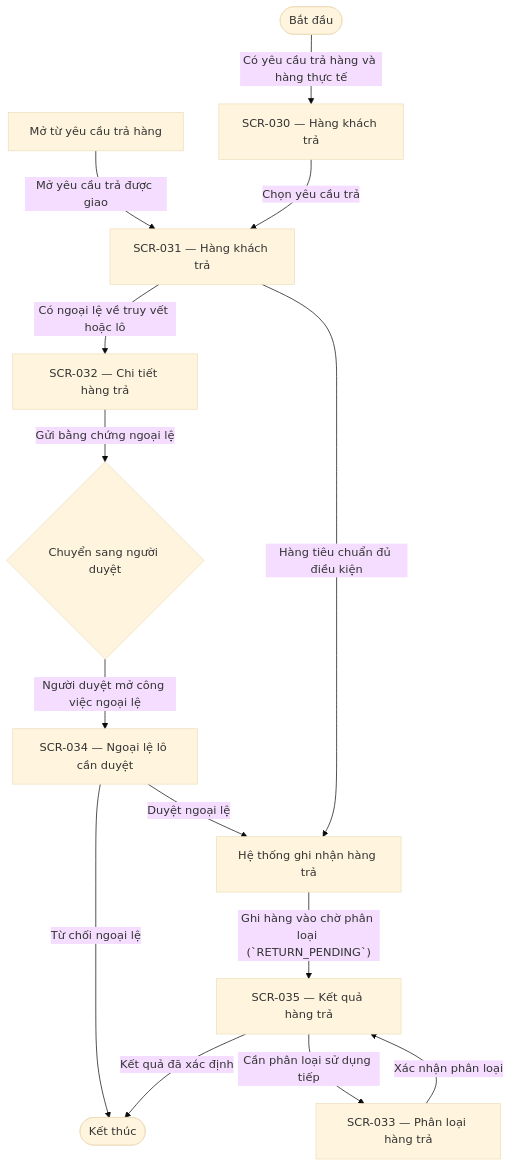
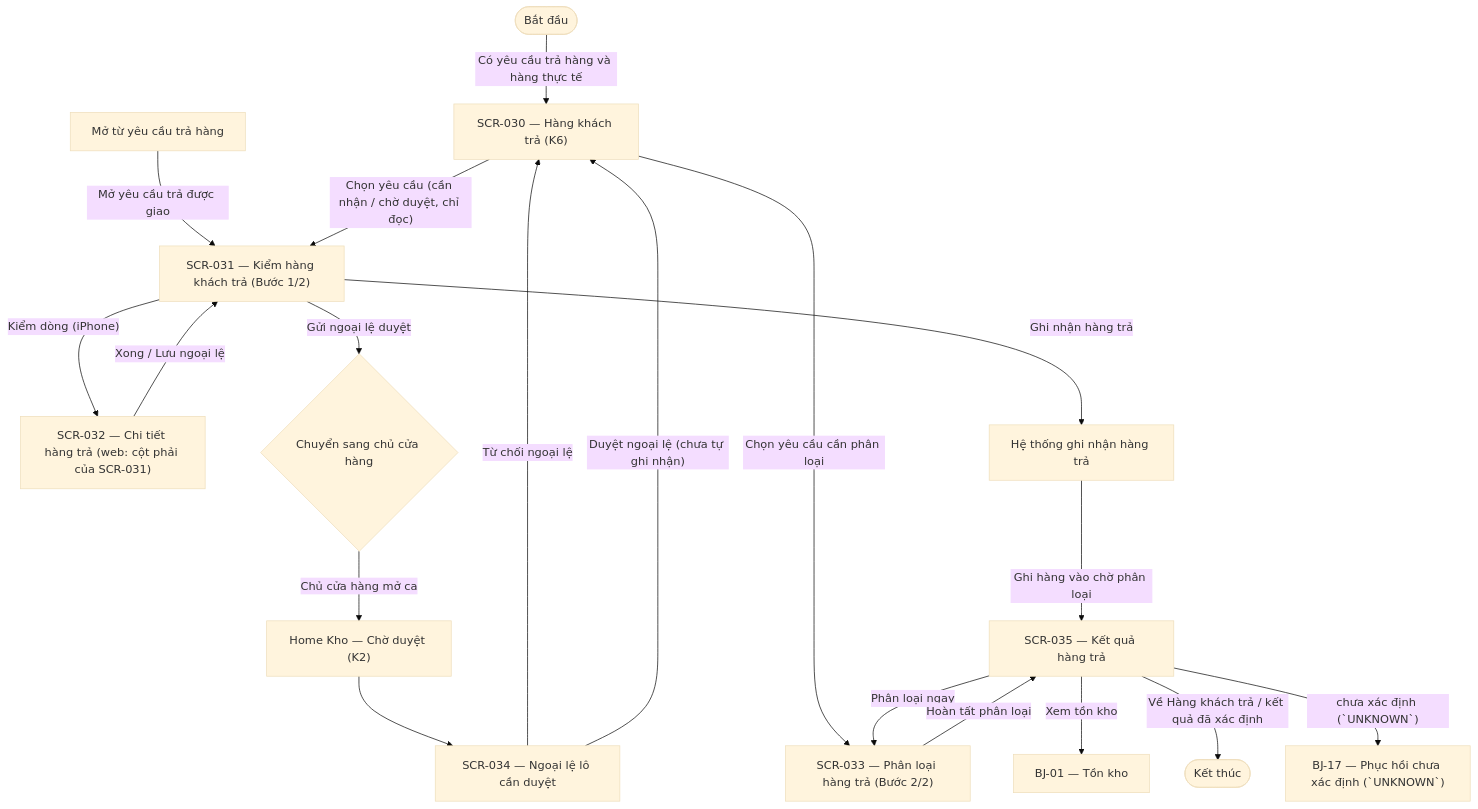
Before and after one commit to DsChien102/erp-sales-inventory: the diagram in specs/themes/theme-07/03.design/flows/UIF-06-BJ-06.md, drawn with Mermaid (base theme). The commit also changed other lines of this file and 48 other files, not shown here.

````diff
--- a/specs/themes/theme-07/03.design/flows/UIF-06-BJ-06.md
+++ b/specs/themes/theme-07/03.design/flows/UIF-06-BJ-06.md
@@ -41,27 +41,35 @@
 ```mermaid
 flowchart TD
     BEGIN(["Bắt đầu"])
-    SCR_030["SCR-030 — Hàng khách trả"]
+    SCR_030["SCR-030 — Hàng khách trả (K6)"]
     CONTEXT_RETURN["Mở từ yêu cầu trả hàng"]
-    SCR_031["SCR-031 — Hàng khách trả"]
-    SCR_032["SCR-032 — Chi tiết hàng trả"]
-    HANDOFF_APPROVAL{"Chuyển sang người duyệt"}
+    SCR_031["SCR-031 — Kiểm hàng khách trả (Bước 1/2)"]
+    SCR_032["SCR-032 — Chi tiết hàng trả (web: cột phải của SCR-031)"]
+    HANDOFF_APPROVAL{"Chuyển sang chủ cửa hàng"}
+    HOME_PENDING["Home Kho — Chờ duyệt (K2)"]
     SCR_034["SCR-034 — Ngoại lệ lô cần duyệt"]
-    END(["Kết thúc"])
     SYSTEM_RECEIVE["Hệ thống ghi nhận hàng trả"]
     SCR_035["SCR-035 — Kết quả hàng trả"]
-    SCR_033["SCR-033 — Phân loại hàng trả"]
+    SCR_033["SCR-033 — Phân loại hàng trả (Bước 2/2)"]
+    BJ_01["BJ-01 — Tồn kho"]
+    BJ_17["BJ-17 — Phục hồi chưa xác định (`UNKNOWN`)"]
+    END(["Kết thúc"])
     BEGIN -->|"Có yêu cầu trả hàng và hàng thực tế"| SCR_030
     CONTEXT_RETURN -->|"Mở yêu cầu trả được giao"| SCR_031
-    SCR_030 -->|"Chọn yêu cầu trả"| SCR_031
-    SCR_031 -->|"Có ngoại lệ về truy vết hoặc lô"| SCR_032
-    SCR_032 -->|"Gửi bằng chứng ngoại lệ"| HANDOFF_APPROVAL
-    HANDOFF_APPROVAL -->|"Người duyệt mở công việc ngoại lệ"| SCR_034
-    SCR_034 -->|"Từ chối ngoại lệ"| END
-    SCR_034 -->|"Duyệt ngoại lệ"| SYSTEM_RECEIVE
-    SCR_031 -->|"Hàng tiêu chuẩn đủ điều kiện"| SYSTEM_RECEIVE
-    SYSTEM_RECEIVE -->|"Ghi hàng vào chờ phân loại (`RETURN_PENDING`)"| SCR_035
-    SCR_035 -->|"Cần phân loại sử dụng tiếp"| SCR_033
-    SCR_033 -->|"Xác nhận phân loại"| SCR_035
-    SCR_035 -->|"Kết quả đã xác định"| END
+    SCR_030 -->|"Chọn yêu cầu (cần nhận / chờ duyệt, chỉ đọc)"| SCR_031
+    SCR_030 -->|"Chọn yêu cầu cần phân loại"| SCR_033
+    SCR_031 -->|"Kiểm dòng (iPhone)"| SCR_032
+    SCR_032 -->|"Xong / Lưu ngoại lệ"| SCR_031
+    SCR_031 -->|"Gửi ngoại lệ duyệt"| HANDOFF_APPROVAL
+    HANDOFF_APPROVAL -->|"Chủ cửa hàng mở ca"| HOME_PENDING
+    HOME_PENDING --> SCR_034
+    SCR_034 -->|"Từ chối ngoại lệ"| SCR_030
+    SCR_034 -->|"Duyệt ngoại lệ (chưa tự ghi nhận)"| SCR_030
+    SCR_031 -->|"Ghi nhận hàng trả"| SYSTEM_RECEIVE
+    SYSTEM_RECEIVE -->|"Ghi hàng vào chờ phân loại"| SCR_035
+    SCR_035 -->|"Phân loại ngay"| SCR_033
+    SCR_033 -->|"Hoàn tất phân loại"| SCR_035
+    SCR_035 -->|"Xem tồn kho"| BJ_01
+    SCR_035 -->|"Về Hàng khách trả / kết quả đã xác định"| END
+    SCR_035 -->|"chưa xác định (`UNKNOWN`)"| BJ_17
 ```
````
